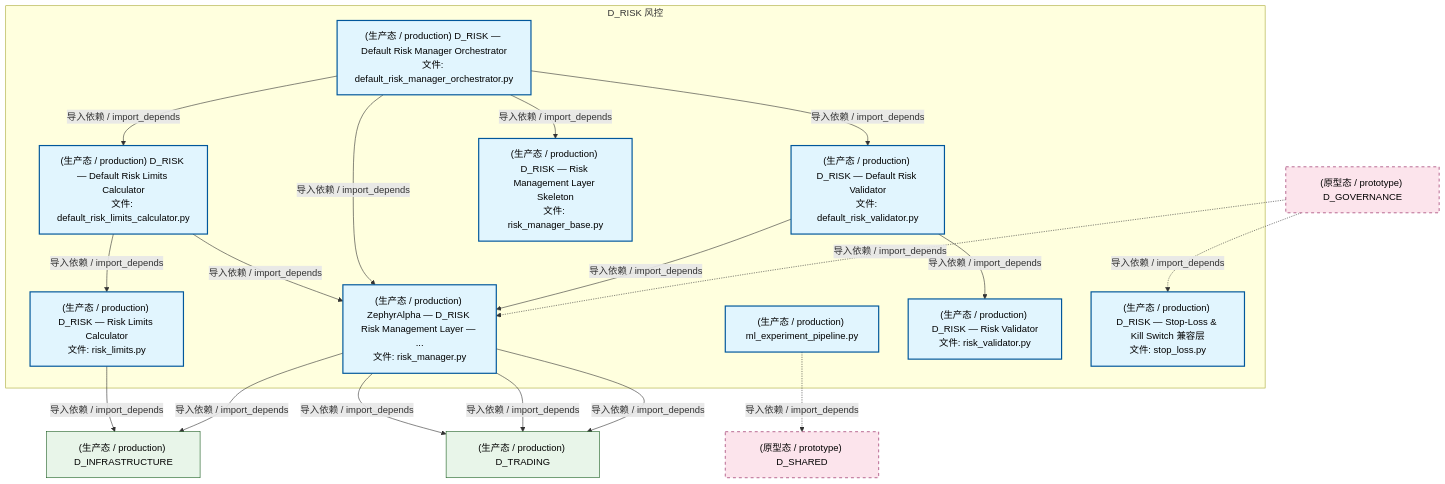
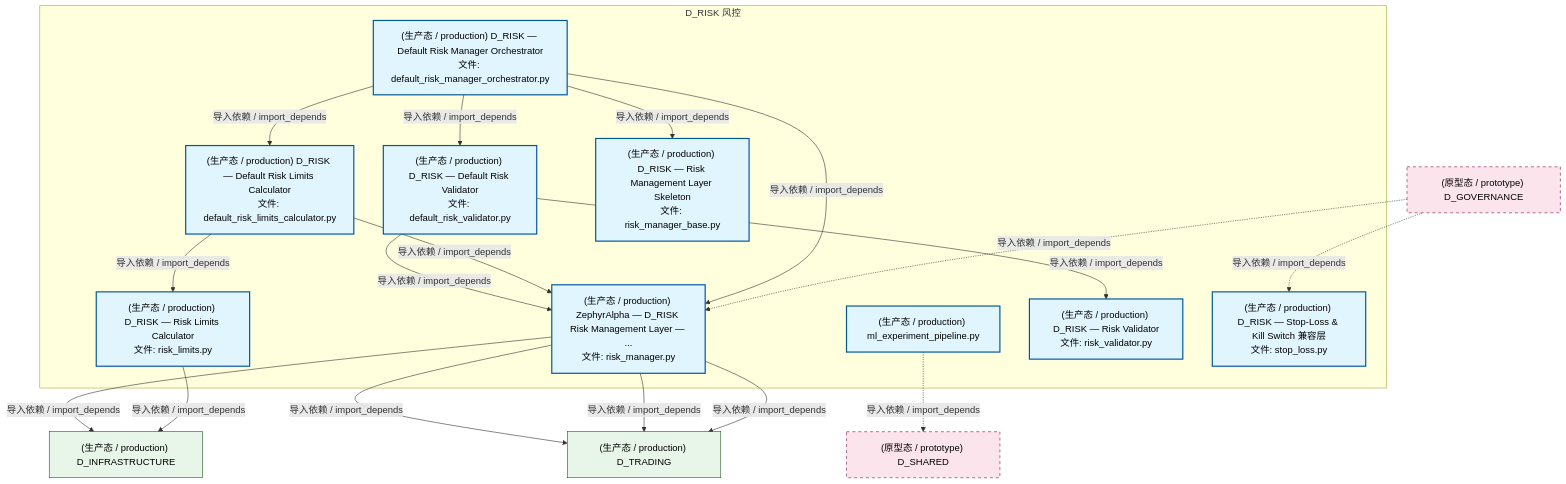
The second of 4 diagrams in docs/02_enterprise_architecture/02_domain_architecture_docs/54_d_risk.md (xuanFelixVan/ZephyrAlpha), drawn with Mermaid before and after one commit. The commit also changed other lines of this file and 126 other files, not shown here.

````diff
--- a/docs/02_enterprise_architecture/02_domain_architecture_docs/54_d_risk.md
+++ b/docs/02_enterprise_architecture/02_domain_architecture_docs/54_d_risk.md
@@ -188,41 +188,41 @@
 ```mermaid
 graph TD
     subgraph D_RISK["D_RISK 风控"]
         src_zephyr_risk_cross_asset_cross_market_data_adapter_ml_experiment_pipeline_py["(生产态 / production) ml_experiment_pipeline.py"]
         src_zephyr_risk_implementations_default_risk_limits_calculator_py["(生产态 / production) D_RISK — Default Risk Limits Calculator<br/>文件: default_risk_limits_calculator.py"]
         src_zephyr_risk_implementations_default_risk_manager_orchestrator_py["(生产态 / production) D_RISK — Default Risk Manager Orchestrator<br/>文件: default_risk_manager_orchestrator.py"]
         src_zephyr_risk_implementations_default_risk_validator_py["(生产态 / production) D_RISK — Default Risk Validator<br/>文件: default_risk_validator.py"]
         src_zephyr_risk_risk_limits_py["(生产态 / production) D_RISK — Risk Limits Calculator<br/>文件: risk_limits.py"]
         src_zephyr_risk_risk_manager_py["(生产态 / production) ZephyrAlpha — D_RISK Risk Management Layer — ...<br/>文件: risk_manager.py"]
         src_zephyr_risk_risk_manager_base_py["(生产态 / production) D_RISK — Risk Management Layer Skeleton<br/>文件: risk_manager_base.py"]
         src_zephyr_risk_risk_validator_py["(生产态 / production) D_RISK — Risk Validator<br/>文件: risk_validator.py"]
         src_zephyr_risk_stop_loss_py["(生产态 / production) D_RISK — Stop-Loss & Kill Switch 兼容层<br/>文件: stop_loss.py"]
     end
+    src_zephyr_risk_implementations_default_risk_validator_py -->|导入依赖 / import_depends| src_zephyr_risk_risk_manager_py
+    src_zephyr_risk_implementations_default_risk_validator_py -->|导入依赖 / import_depends| src_zephyr_risk_risk_validator_py
+    src_zephyr_risk_implementations_default_risk_limits_calculator_py -->|导入依赖 / import_depends| src_zephyr_risk_risk_manager_py
     src_zephyr_risk_implementations_default_risk_limits_calculator_py -->|导入依赖 / import_depends| src_zephyr_risk_risk_limits_py
-    src_zephyr_risk_implementations_default_risk_limits_calculator_py -->|导入依赖 / import_depends| src_zephyr_risk_risk_manager_py
     src_zephyr_risk_implementations_default_risk_manager_orchestrator_py -->|导入依赖 / import_depends| src_zephyr_risk_risk_manager_py
     src_zephyr_risk_implementations_default_risk_manager_orchestrator_py -->|导入依赖 / import_depends| src_zephyr_risk_risk_manager_base_py
+    src_zephyr_risk_implementations_default_risk_manager_orchestrator_py -->|导入依赖 / import_depends| src_zephyr_risk_implementations_default_risk_validator_py
     src_zephyr_risk_implementations_default_risk_manager_orchestrator_py -->|导入依赖 / import_depends| src_zephyr_risk_implementations_default_risk_limits_calculator_py
-    src_zephyr_risk_implementations_default_risk_manager_orchestrator_py -->|导入依赖 / import_depends| src_zephyr_risk_implementations_default_risk_validator_py
-    src_zephyr_risk_implementations_default_risk_validator_py -->|导入依赖 / import_depends| src_zephyr_risk_risk_manager_py
-    src_zephyr_risk_implementations_default_risk_validator_py -->|导入依赖 / import_depends| src_zephyr_risk_risk_validator_py
     D_INFRASTRUCTURE["(生产态 / production) D_INFRASTRUCTURE"]
-    src_zephyr_risk_risk_limits_py -->|导入依赖 / import_depends| D_INFRASTRUCTURE
     src_zephyr_risk_risk_manager_py -->|导入依赖 / import_depends| D_INFRASTRUCTURE
     D_TRADING["(生产态 / production) D_TRADING"]
     src_zephyr_risk_risk_manager_py -->|导入依赖 / import_depends| D_TRADING
     src_zephyr_risk_risk_manager_py -->|导入依赖 / import_depends| D_TRADING
     src_zephyr_risk_risk_manager_py -->|导入依赖 / import_depends| D_TRADING
+    src_zephyr_risk_risk_limits_py -->|导入依赖 / import_depends| D_INFRASTRUCTURE
     D_SHARED["(原型态 / prototype) D_SHARED"]
     src_zephyr_risk_cross_asset_cross_market_data_adapter_ml_experiment_pipeline_py -.->|导入依赖 / import_depends| D_SHARED
     D_GOVERNANCE["(原型态 / prototype) D_GOVERNANCE"]
     D_GOVERNANCE -.->|导入依赖 / import_depends| src_zephyr_risk_risk_manager_py
     D_GOVERNANCE -.->|导入依赖 / import_depends| src_zephyr_risk_stop_loss_py
     classDef production fill:#e1f5fe,stroke:#01579b,stroke-width:2px,color:#000
     classDef design fill:#fff3e0,stroke:#e65100,stroke-width:2px,color:#000,stroke-dasharray: 5 5
     classDef external_prod fill:#e8f5e9,stroke:#1b5e20,stroke-width:1px,color:#000
     classDef external_design fill:#fce4ec,stroke:#880e4f,stroke-width:1px,color:#000,stroke-dasharray: 5 5
     class src_zephyr_risk_cross_asset_cross_market_data_adapter_ml_experiment_pipeline_py,src_zephyr_risk_implementations_default_risk_limits_calculator_py,src_zephyr_risk_implementations_default_risk_manager_orchestrator_py,src_zephyr_risk_implementations_default_risk_validator_py,src_zephyr_risk_risk_limits_py,src_zephyr_risk_risk_manager_py,src_zephyr_risk_risk_manager_base_py,src_zephyr_risk_risk_validator_py,src_zephyr_risk_stop_loss_py production
     class D_INFRASTRUCTURE,D_TRADING external_prod
     class D_SHARED,D_GOVERNANCE external_design
 ```
````
